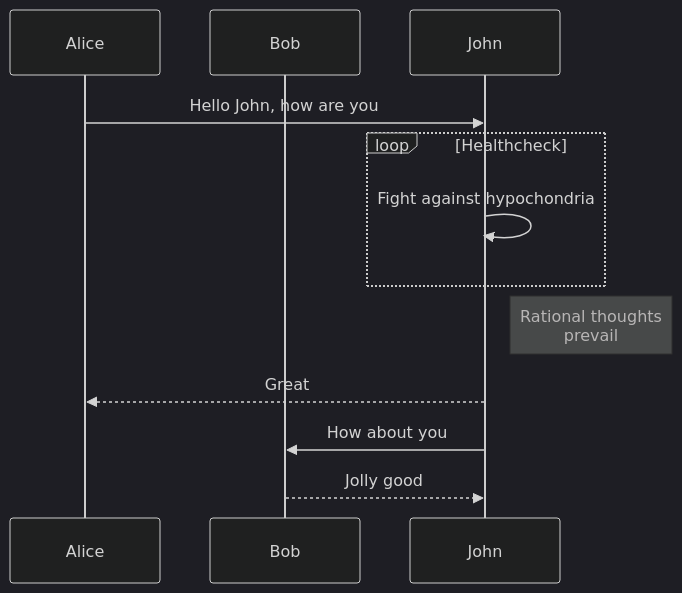
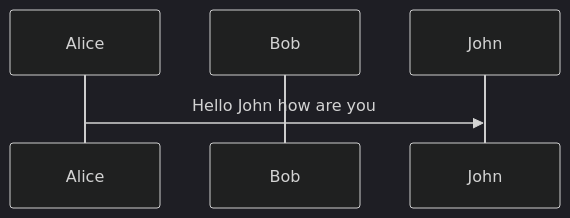
Before and after one commit to kimbank/kimbank.github.io: the first of 2 diagrams in _posts/project/LB/2021-07-20-project-LB-퀀트의 역사.md, drawn with Mermaid (dark theme).

```diff
--- a/_posts/project/LB/2021-07-20-project-LB-퀀트의 역사.md
+++ b/_posts/project/LB/2021-07-20-project-LB-퀀트의 역사.md
@@ -17,15 +17,8 @@
 <div class="mermaid"> 
 
 sequenceDiagram;
     participant Alice;
     participant Bob;
-    Alice->>John: Hello John, how are you;
-    loop Healthcheck
-        John->>John: Fight against hypochondria;
-    end
-    Note right of John: Rational thoughts <br/>prevail;
-    John-->>Alice: Great;
-    John->>Bob: How about you;
-    Bob-->>John: Jolly good;
+    Alice->>John: Hello John how are you;
 
 </div>
```
